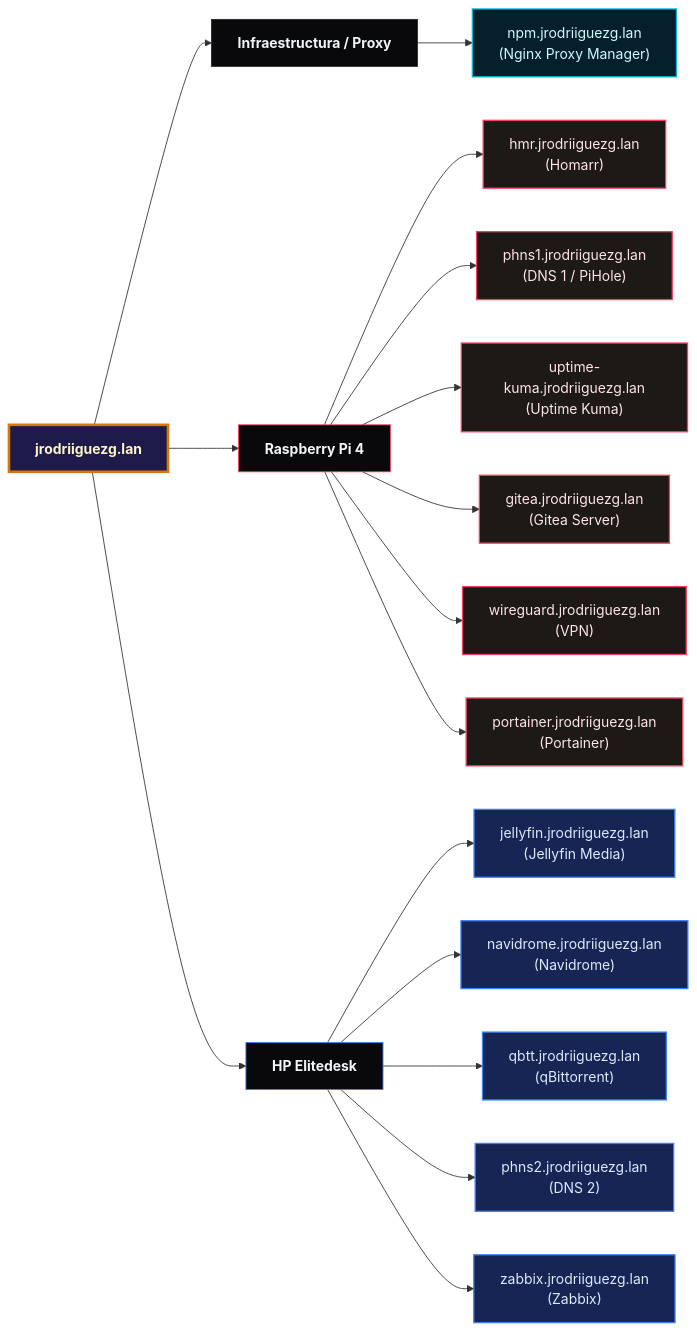
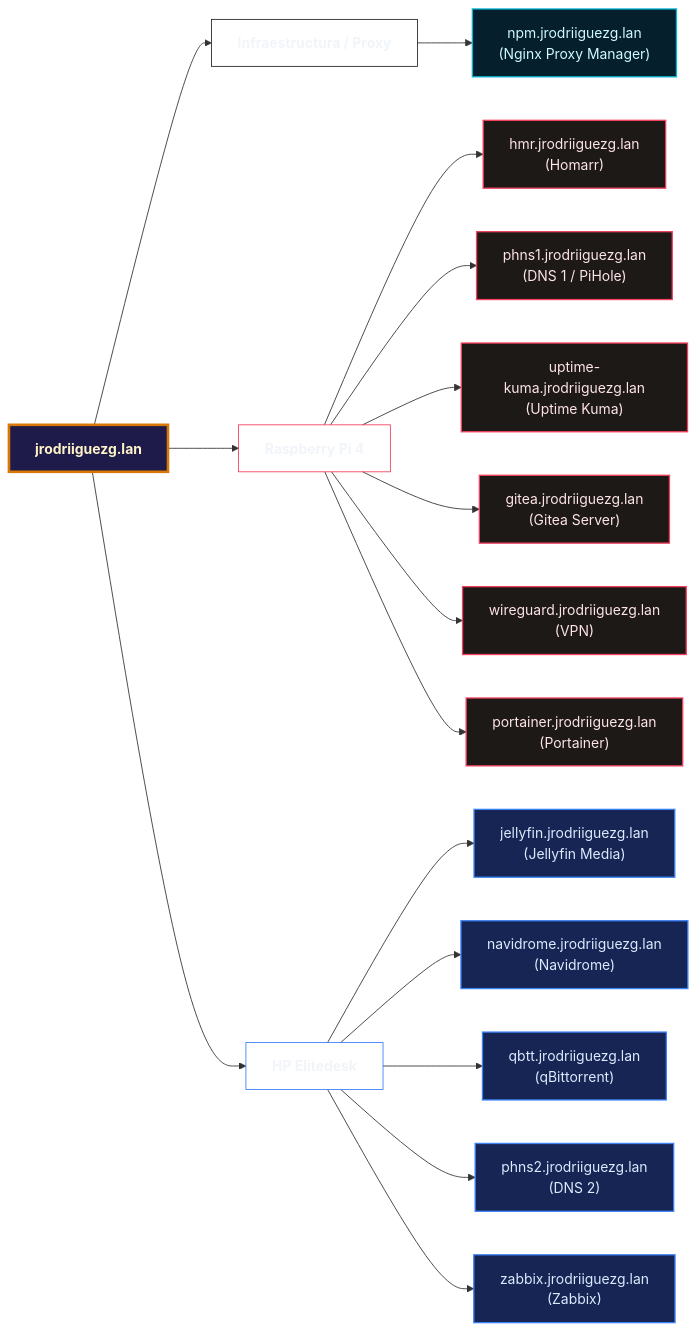
Before and after one commit to jrodriiguezg/blog: the second of 3 diagrams in src/content/blog/bloque-de-red-I.md, drawn with Mermaid. The commit also changed other lines of this file and 5 other files, not shown here.

````diff
--- a/src/content/blog/bloque-de-red-I.md
+++ b/src/content/blog/bloque-de-red-I.md
@@ -101,60 +101,60 @@
 ```mermaid
 flowchart LR
     %% Definición de Estilos (Modo Oscuro Premium)
     classDef rootNode fill:#1e1b4b,stroke:#d97706,stroke-width:3px,color:#fef3c7,font-weight:bold;
     classDef categoryNode fill:#0f172a,stroke:#94a3b8,stroke-width:2px,color:#f1f5f9,font-weight:bold;
     classDef rpiNode fill:#1c1917,stroke:#f43f5e,stroke-width:1.5px,color:#ffe4e6;
     classDef eliteNode fill:#172554,stroke:#3b82f6,stroke-width:1.5px,color:#dbeafe;
     classDef proxyNode fill:#061f2d,stroke:#06b6d4,stroke-width:1.5px,color:#cffafe;
 
     %% Nodo Raíz
     Root["jrodriiguezg.lan"]:::rootNode
 
     %% Categorías / Hosts
     CatProxy["Infraestructura / Proxy"]:::categoryNode
     CatRPi4["Raspberry Pi 4"]:::categoryNode
     CatHP["HP Elitedesk"]:::categoryNode
 
     %% Conexiones Raíz a Ramas
     Root --> CatProxy
     Root --> CatRPi4
     Root --> CatHP
 
     %% Subdominios del Proxy
     npm["npm.jrodriiguezg.lan<br>(Nginx Proxy Manager)"]:::proxyNode
     CatProxy --> npm
 
     %% Subdominios en Raspberry Pi 4
     hmr["hmr.jrodriiguezg.lan<br>(Homarr)"]:::rpiNode
     phns1["phns1.jrodriiguezg.lan<br>(DNS 1 / PiHole)"]:::rpiNode
     uptime["uptime-kuma.jrodriiguezg.lan<br>(Uptime Kuma)"]:::rpiNode
     gitea["gitea.jrodriiguezg.lan<br>(Gitea Server)"]:::rpiNode
     wg["wireguard.jrodriiguezg.lan<br>(VPN)"]:::rpiNode
     portainer1["portainer.jrodriiguezg.lan<br>(Portainer)"]:::rpiNode
 
     CatRPi4 --> hmr
     CatRPi4 --> phns1
     CatRPi4 --> uptime
     CatRPi4 --> gitea
     CatRPi4 --> wg
     CatRPi4 --> portainer1
 
     %% Subdominios en HP Elitedesk
     jelly["jellyfin.jrodriiguezg.lan<br>(Jellyfin Media)"]:::eliteNode
     navi["navidrome.jrodriiguezg.lan<br>(Navidrome)"]:::eliteNode
     qbtt["qbtt.jrodriiguezg.lan<br>(qBittorrent)"]:::eliteNode
     phns2["phns2.jrodriiguezg.lan<br>(DNS 2)"]:::eliteNode
     zabbix["zabbix.jrodriiguezg.lan<br>(Zabbix)"]:::eliteNode
 
     CatHP --> jelly
     CatHP --> navi
     CatHP --> qbtt
     CatHP --> phns2
     CatHP --> zabbix
 
-    %% Estilos de los Subgrafos de Fondo
+    %% Estilos de los Subgrafos de Fondo (Fondo Transparente)
     style Root font-size:16px;
-    style CatProxy fill:#09090b,stroke:#27272a,stroke-width:1px;
-    style CatRPi4 fill:#09090b,stroke:#f43f5e,stroke-width:1px;
-    style CatHP fill:#09090b,stroke:#3b82f6,stroke-width:1px;
+    style CatProxy fill:none,stroke:#27272a,stroke-width:1px;
+    style CatRPi4 fill:none,stroke:#f43f5e,stroke-width:1px;
+    style CatHP fill:none,stroke:#3b82f6,stroke-width:1px;
 ```
````
